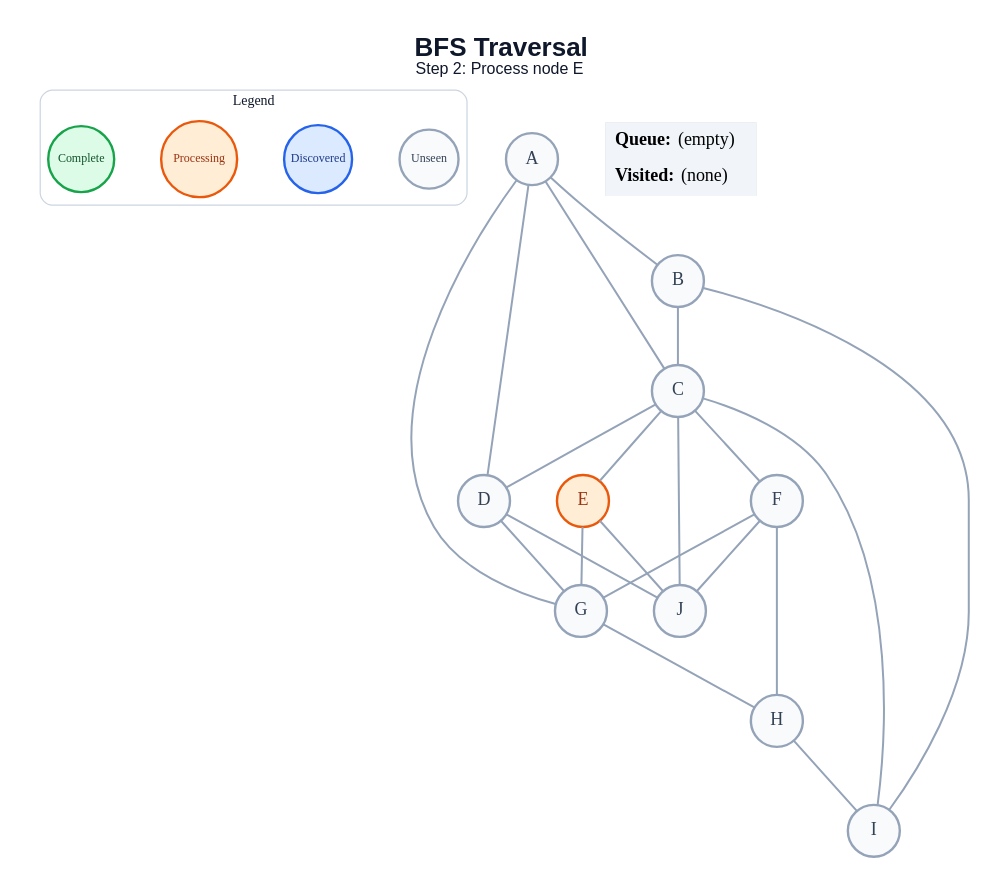
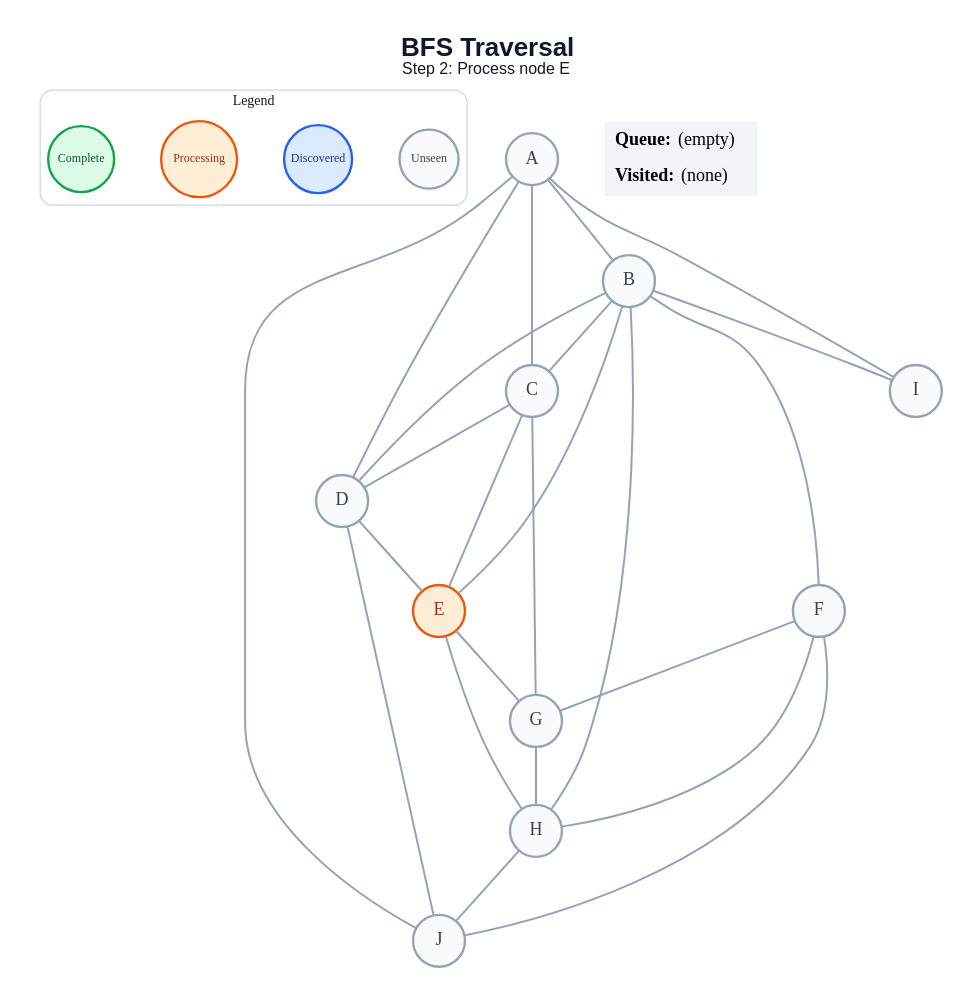
The diagram in generated/specific-node/bfs/step_02.dot (amanghodawala9/ai-slop), drawn with Graphviz before and after one commit. The commit also changed 178 other files, not shown here.

```diff
--- a/generated/specific-node/bfs/step_02.dot
+++ b/generated/specific-node/bfs/step_02.dot
@@ -1,49 +1,52 @@
 graph traversal {
   graph [layout=dot, rankdir=TB, bgcolor="#FFFFFF", pad="0.35", nodesep="0.65", ranksep="0.8", fontname="Arial"];
   node [shape=circle, style="filled", fontname="Arial Bold", fontsize=18, width=0.72, fixedsize=true, penwidth=2.4];
   edge [color="#94A3B8", penwidth=2.0];
   label=<<B>BFS Traversal</B><BR/><FONT POINT-SIZE="16">Step 2: Process node E</FONT>>; labelloc="t"; fontsize=26; fontname="Arial"; fontcolor="#0F172A";
   subgraph cluster_legend { label="Legend"; color="#CBD5E1"; penwidth=1.2; style="rounded"; fontsize=14; fontname="Arial Bold";
     key_unseen [label="Unseen", fillcolor="#F8FAFC", color="#94A3B8", fontcolor="#334155", fontsize=12, width=0.82];
     key_frontier [label="Discovered", fillcolor="#DBEAFE", color="#2563EB", fontcolor="#1E3A8A", fontsize=12, width=0.95];
     key_current [label="Processing", fillcolor="#FFEDD5", color="#EA580C", fontcolor="#9A3412", fontsize=12, width=1.05];
     key_done [label="Complete", fillcolor="#DCFCE7", color="#16A34A", fontcolor="#14532D", fontsize=12, width=0.92];
     { rank=same; key_unseen; key_frontier; key_current; key_done; }
   }
   A [fillcolor="#F8FAFC", color="#94A3B8", fontcolor="#334155"];
   B [fillcolor="#F8FAFC", color="#94A3B8", fontcolor="#334155"];
   C [fillcolor="#F8FAFC", color="#94A3B8", fontcolor="#334155"];
   D [fillcolor="#F8FAFC", color="#94A3B8", fontcolor="#334155"];
   E [fillcolor="#FFEDD5", color="#EA580C", fontcolor="#9A3412"];
   F [fillcolor="#F8FAFC", color="#94A3B8", fontcolor="#334155"];
   G [fillcolor="#F8FAFC", color="#94A3B8", fontcolor="#334155"];
   H [fillcolor="#F8FAFC", color="#94A3B8", fontcolor="#334155"];
   I [fillcolor="#F8FAFC", color="#94A3B8", fontcolor="#334155"];
   J [fillcolor="#F8FAFC", color="#94A3B8", fontcolor="#334155"];
   A -- B;
   A -- C;
   A -- D;
-  A -- G;
+  A -- I;
+  A -- J;
   B -- C;
+  B -- D;
+  B -- E;
+  B -- F;
+  B -- H;
   B -- I;
   C -- D;
   C -- E;
-  C -- F;
-  C -- I;
-  C -- J;
-  D -- G;
+  C -- G;
+  D -- E;
   D -- J;
   E -- G;
-  E -- J;
+  E -- H;
   F -- G;
   F -- H;
   F -- J;
   G -- H;
-  H -- I;
+  H -- J;
   status [shape=plain, fixedsize=false, width=0, height=0, margin=0, label=<
     <TABLE BORDER="0" CELLBORDER="0" CELLPADDING="7" BGCOLOR="#F1F5F9">
       <TR><TD ALIGN="LEFT"><B>Queue:</B> (empty)</TD></TR>
       <TR><TD ALIGN="LEFT"><B>Visited:</B> (none)</TD></TR>
     </TABLE>
   >];
 }
```
